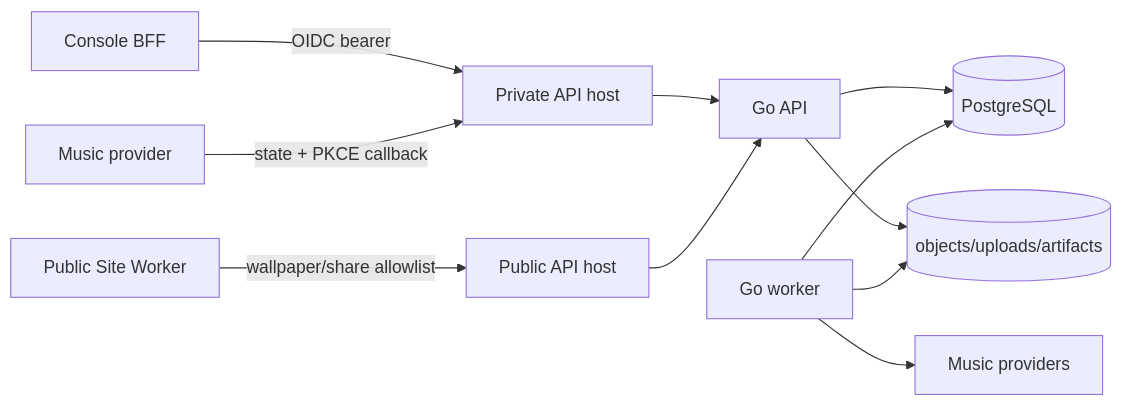
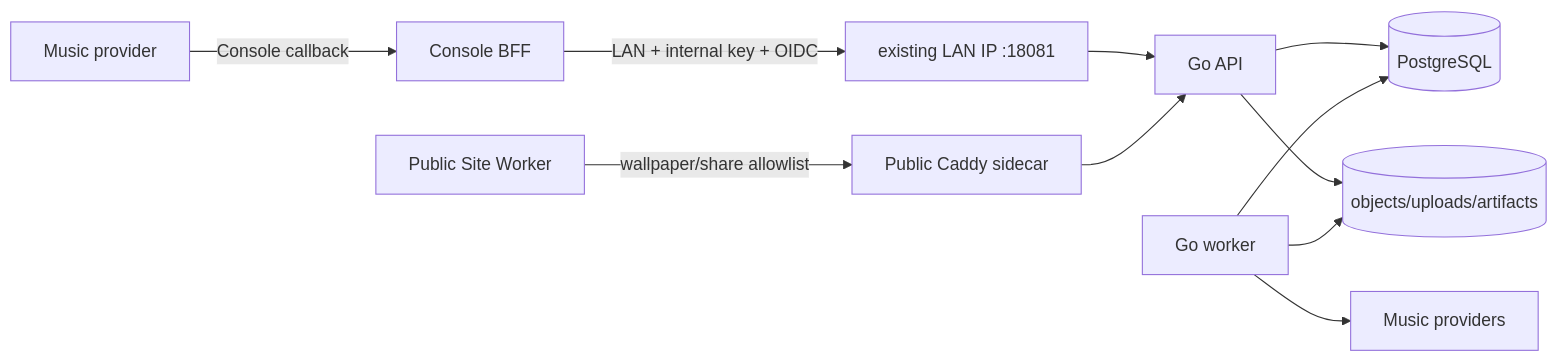
The diagram in docs/library/architecture.md (pood1e/realtime-me), drawn with Mermaid before and after one commit. The commit also changed other lines of this file and 64 other files, not shown here.

````diff
--- a/docs/library/architecture.md
+++ b/docs/library/architecture.md
@@ -9,13 +9,13 @@
 ```mermaid
 flowchart LR
-  Site[Public Site Worker] -->|wallpaper/share allowlist| PublicHost[Public API host]
-  Console[Console BFF] -->|OIDC bearer| PrivateHost[Private API host]
-  Provider[Music provider] -->|state + PKCE callback| PrivateHost
+  Site[Public Site Worker] -->|wallpaper/share allowlist| PublicHost[Public Caddy sidecar]
+  Console[Console BFF] -->|LAN + internal key + OIDC| PrivateHost[existing LAN IP :18081]
+  Provider[Music provider] -->|Console callback| Console
   PrivateHost --> API[Go API]
   PublicHost --> API
   API --> DB[(PostgreSQL)]
   Worker[Go worker] --> DB
   API --> Objects[(objects/uploads/artifacts)]
   Worker --> Objects
   Worker --> Providers[Music providers]
 ```
````
